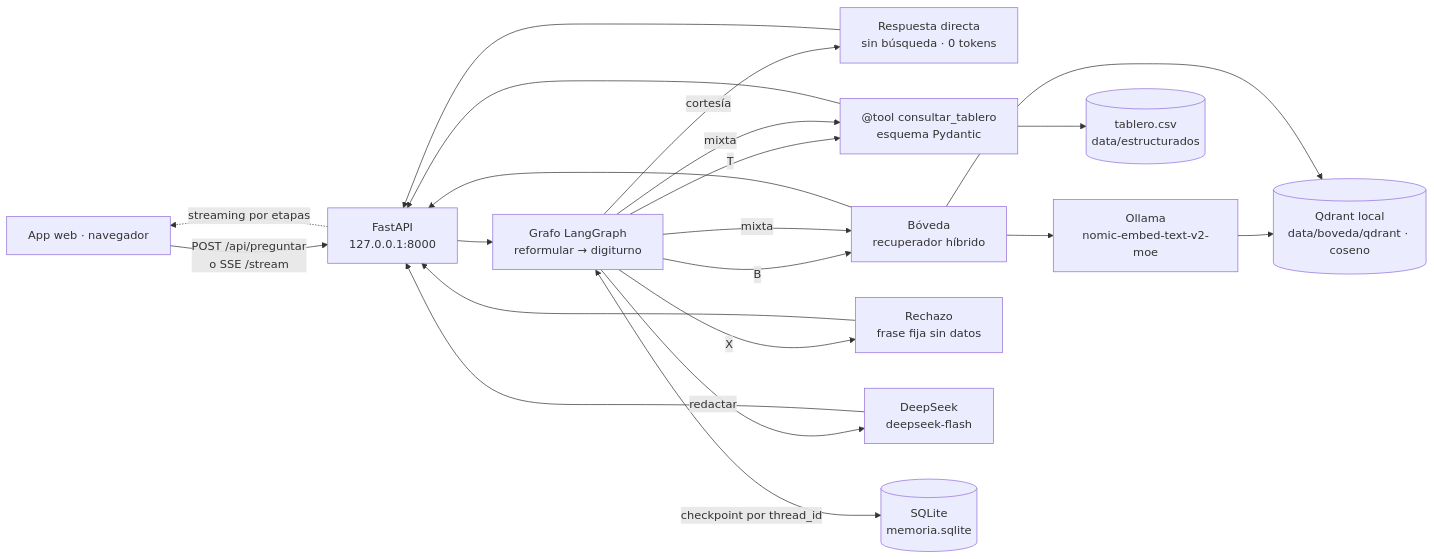
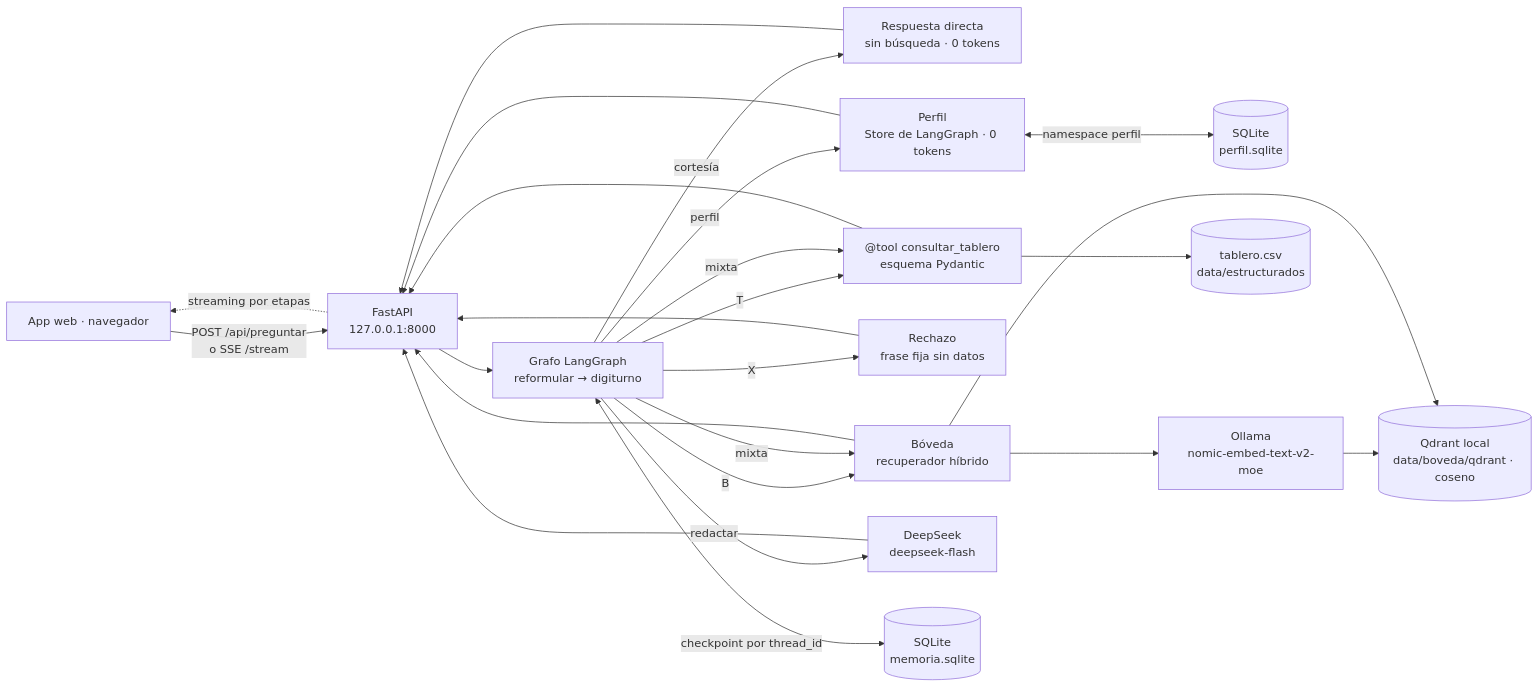
The second of 2 diagrams in README.md (Darley843/Proyecto_BancoO), drawn with Mermaid before and after one commit. The commit also changed other lines of this file and 17 other files, not shown here.

First line of the commit message:
feat(sucursal): memoria de largo plazo con Store de LangGraph (perfil) (#112)

````diff
--- a/README.md
+++ b/README.md
@@ -45,23 +45,26 @@
 ```mermaid
 flowchart LR
     U["App web · navegador"] -->|"POST /api/preguntar<br/>o SSE /stream"| API["FastAPI<br/>127.0.0.1:8000"]
     API --> G["Grafo LangGraph<br/>reformular → digiturno"]
     G -->|"cortesía"| C["Respuesta directa<br/>sin búsqueda · 0 tokens"]
     G -->|"B"| R["Bóveda<br/>recuperador híbrido"]
     G -->|"T"| T["@tool consultar_tablero<br/>esquema Pydantic"]
     G -->|"mixta"| R
     G -->|"mixta"| T
     G -->|"X"| X["Rechazo<br/>frase fija sin datos"]
+    G -->|"perfil"| P["Perfil<br/>Store de LangGraph · 0 tokens"]
+    P <-->|"namespace perfil"| PS[("SQLite<br/>perfil.sqlite")]
     E["Ollama<br/>nomic-embed-text-v2-moe"] --> Q[("Qdrant local<br/>data/boveda/qdrant · coseno")]
     R --> Q
     R --> E
     T --> CSV[("tablero.csv<br/>data/estructurados")]
     G -->|"redactar"| D["DeepSeek<br/>deepseek-flash"]
     G <-->|"checkpoint por thread_id"| S[("SQLite<br/>memoria.sqlite")]
     D --> API
     R --> API
     T --> API
     C --> API
     X --> API
+    P --> API
     API -.->|"streaming por etapas"| U
 ```
````
